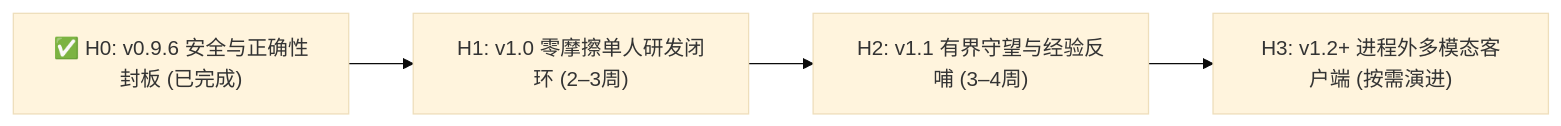
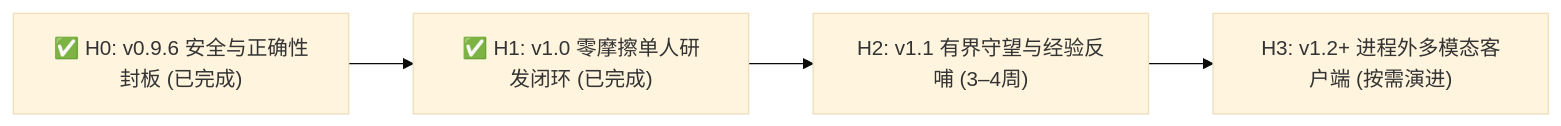
One commit to oyasmi/pipiclaw changed the second of 2 diagrams in docs/reviews/2026-11-15-deep-review-and-roadmap.md. Above: the diagram before and after it, drawn with Mermaid (base theme). The commit also changed other lines of this file and 33 other files, not shown here.

````diff
--- a/docs/reviews/2026-11-15-deep-review-and-roadmap.md
+++ b/docs/reviews/2026-11-15-deep-review-and-roadmap.md
@@ -256,6 +256,6 @@
 ```mermaid
 flowchart LR
-    H0["✅ H0: v0.9.6 安全与正确性封板 (已完成)"] --> H1["H1: v1.0 零摩擦单人研发闭环 (2–3周)"]
+    H0["✅ H0: v0.9.6 安全与正确性封板 (已完成)"] --> H1["✅ H1: v1.0 零摩擦单人研发闭环 (已完成)"]
     H1 --> H2["H2: v1.1 有界守望与经验反哺 (3–4周)"]
     H2 --> H3["H3: v1.2+ 进程外多模态客户端 (按需演进)"]
 ```
````
